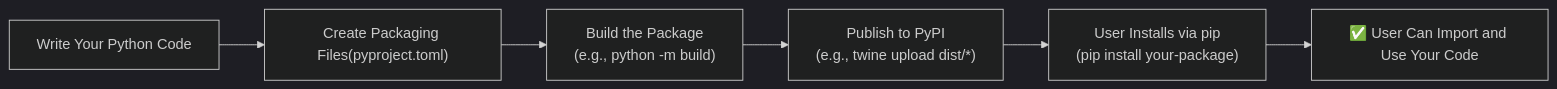
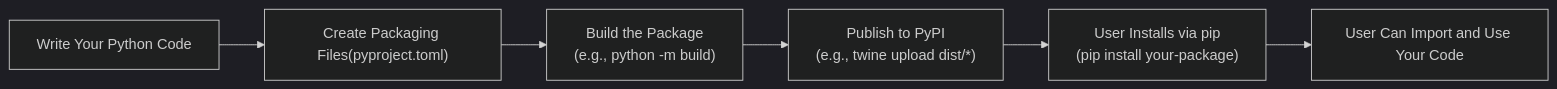
Before and after one commit to priya-gitTest/Python-Packaging-with-Pixi: the first of 2 diagrams in episodes/intoduction_python_packaging.md, drawn with Mermaid (dark theme).

Commit message:
Remove checkmark from user import step

````diff
--- a/episodes/intoduction_python_packaging.md
+++ b/episodes/intoduction_python_packaging.md
@@ -40,9 +40,9 @@
 ```mermaid
 graph LR
     A["Write Your Python Code"] --> B["Create Packaging Files(pyproject.toml)"]
     B --> C["Build the Package<br/>(e.g., python -m build)"]
     C --> D["Publish to PyPI<br/>(e.g., twine upload dist/*)"]
     D --> E["User Installs via pip<br/>(pip install your-package)"]
-    E --> F["✅ User Can Import and Use Your Code"]
+    E --> F["User Can Import and Use Your Code"]
 
 ```
````
